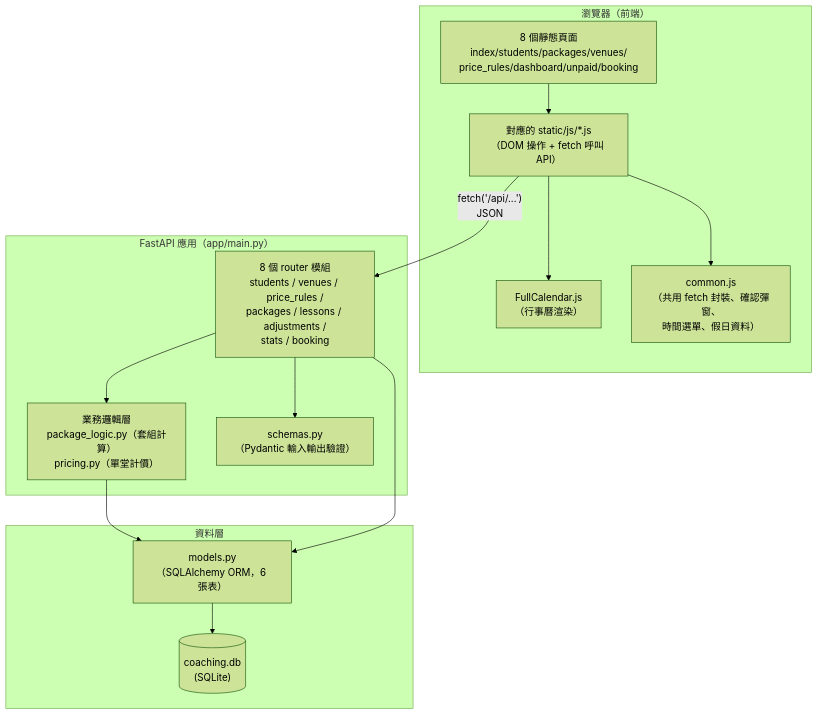
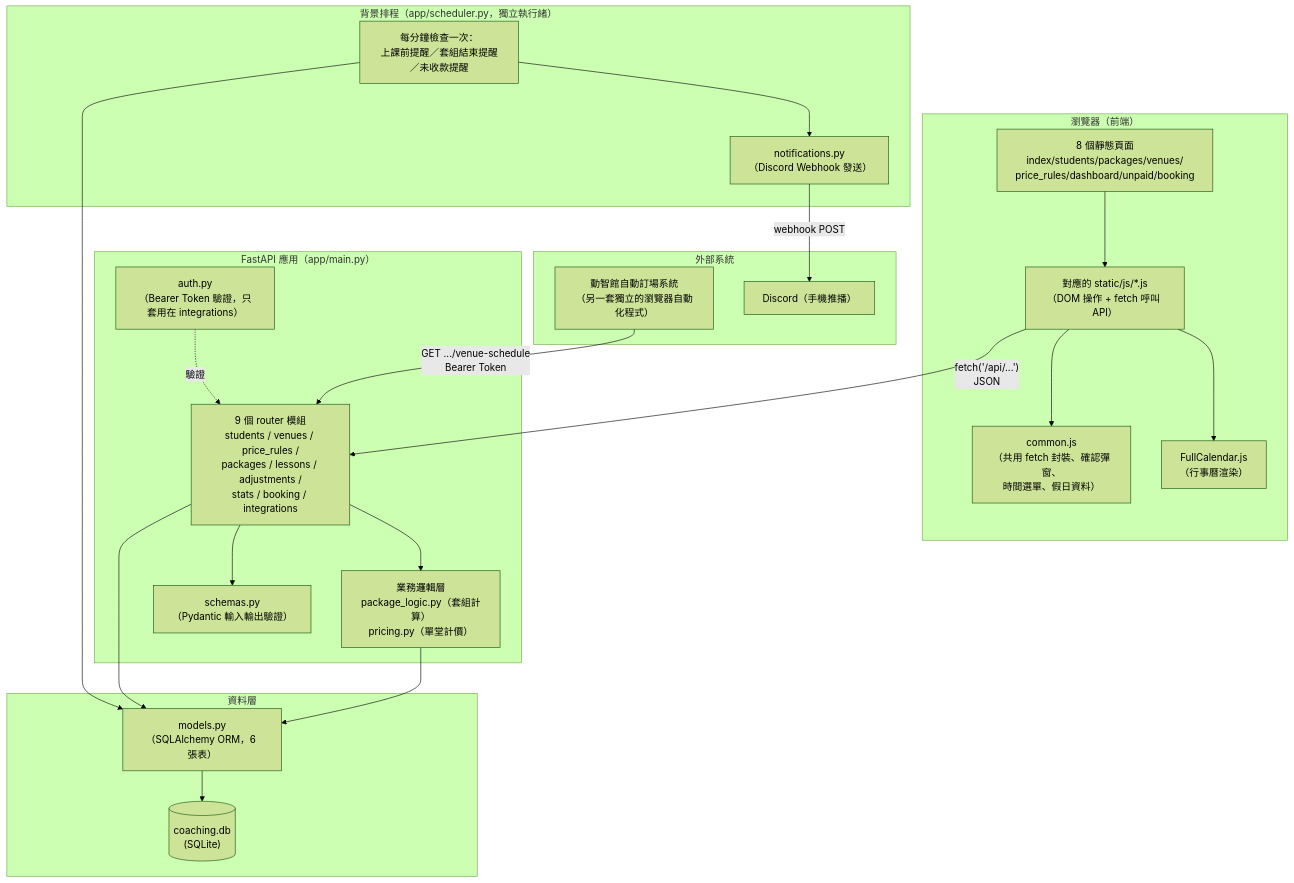
The first of 3 diagrams in ARCHITECTURE.md (cxinyuan913-svg/coaching-record-tool), drawn with Mermaid (forest theme) before and after one commit. The commit also changed other lines of this file and 9 other files, not shown here.

First line of the commit message:
新增課程提醒與收款提醒的背景排程功能（Discord Webhook 通知）

````diff
--- a/ARCHITECTURE.md
+++ b/ARCHITECTURE.md
@@ -28,30 +28,46 @@
 ```mermaid
 flowchart TD
     subgraph Browser["瀏覽器（前端）"]
         HTML["8 個靜態頁面<br/>index/students/packages/venues/<br/>price_rules/dashboard/unpaid/booking"]
         JS["對應的 static/js/*.js<br/>（DOM 操作 + fetch 呼叫 API）"]
         FC["FullCalendar.js<br/>（行事曆渲染）"]
         Common["common.js<br/>（共用 fetch 封裝、確認彈窗、<br/>時間選單、假日資料）"]
         HTML --> JS
         JS --> FC
         JS --> Common
     end
 
     subgraph API["FastAPI 應用（app/main.py）"]
-        Routers["8 個 router 模組<br/>students / venues / price_rules /<br/>packages / lessons / adjustments /<br/>stats / booking"]
+        Routers["9 個 router 模組<br/>students / venues / price_rules /<br/>packages / lessons / adjustments /<br/>stats / booking / integrations"]
+        Auth["auth.py<br/>（Bearer Token 驗證，只套用在 integrations）"]
         Logic["業務邏輯層<br/>package_logic.py（套組計算）<br/>pricing.py（單堂計價）"]
         Schemas["schemas.py<br/>（Pydantic 輸入輸出驗證）"]
         Routers --> Logic
         Routers --> Schemas
+        Auth -.驗證.-> Routers
+    end
+
+    subgraph BG["背景排程（app/scheduler.py，獨立執行緒）"]
+        Scheduler["每分鐘檢查一次：<br/>上課前提醒／套組結束提醒／未收款提醒"]
+        Notify["notifications.py<br/>（Discord Webhook 發送）"]
+        Scheduler --> Notify
     end
 
     subgraph DB["資料層"]
         ORM["models.py<br/>（SQLAlchemy ORM，6 張表）"]
         SQLite[("coaching.db<br/>(SQLite)")]
         ORM --> SQLite
     end
 
+    subgraph External["外部系統"]
+        BookingBot["動智館自動訂場系統<br/>（另一套獨立的瀏覽器自動化程式）"]
+        Discord["Discord（手機推播）"]
+    end
+
     JS -- "fetch('/api/...')<br/>JSON" --> Routers
     Logic --> ORM
     Routers --> ORM
+    Scheduler --> ORM
+    Notify -- "webhook POST" --> Discord
+    BookingBot -- "GET .../venue-schedule<br/>Bearer Token" --> Routers
 ```
````
